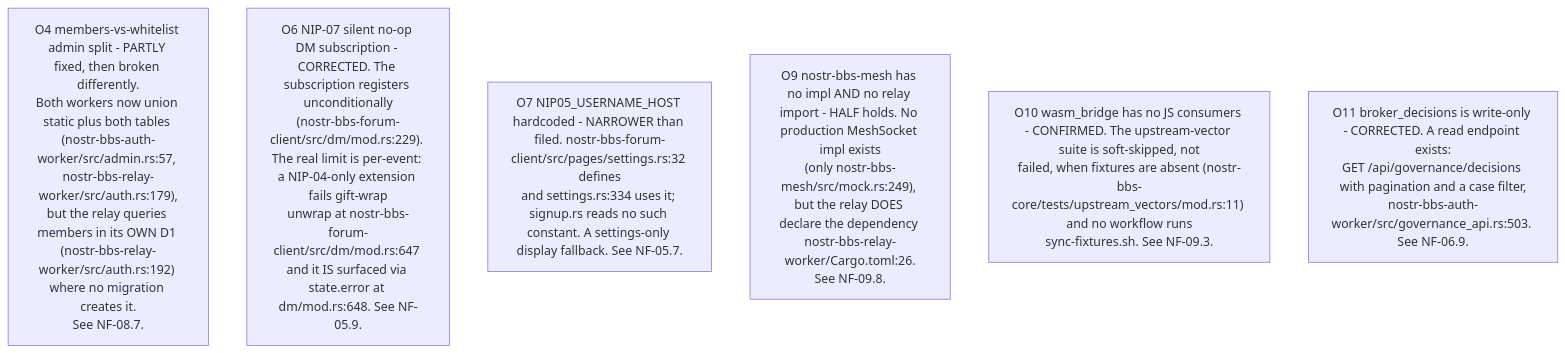
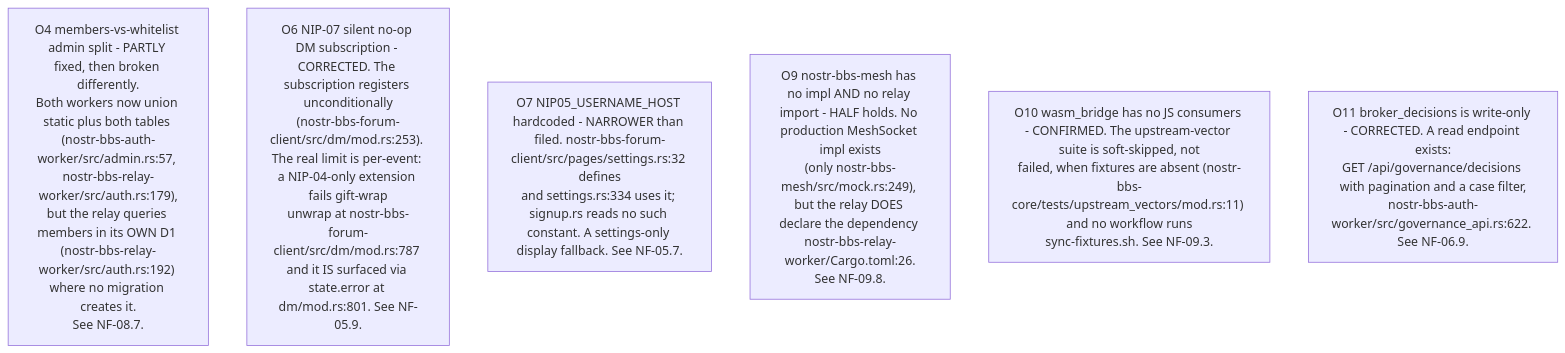
One commit to DreamLab-AI/VisionFlow changed the fourth of 11 diagrams in docs/diagrams/nostr-rust-forum/10-invariants-and-anomaly-register.md. Above: the diagram before and after it, drawn with Mermaid. The commit also changed other lines of this file and 11 other files, not shown here.

````diff
--- a/docs/diagrams/nostr-rust-forum/10-invariants-and-anomaly-register.md
+++ b/docs/diagrams/nostr-rust-forum/10-invariants-and-anomaly-register.md
@@ -105,9 +107,9 @@
 ```mermaid
 flowchart TB
     O4["O4 members-vs-whitelist admin split - PARTLY fixed, then broken differently.<br/>Both workers now union static plus both tables (nostr-bbs-auth-worker/src/admin.rs:57, nostr-bbs-relay-worker/src/auth.rs:179),<br/>but the relay queries members in its OWN D1 (nostr-bbs-relay-worker/src/auth.rs:192) where no migration creates it.<br/>See NF-08.7."]
-    O6["O6 NIP-07 silent no-op DM subscription - CORRECTED. The subscription registers unconditionally<br/>(nostr-bbs-forum-client/src/dm/mod.rs:229). The real limit is per-event: a NIP-04-only extension fails gift-wrap<br/>unwrap at nostr-bbs-forum-client/src/dm/mod.rs:647 and it IS surfaced via state.error at dm/mod.rs:648. See NF-05.9."]
+    O6["O6 NIP-07 silent no-op DM subscription - CORRECTED. The subscription registers unconditionally<br/>(nostr-bbs-forum-client/src/dm/mod.rs:253). The real limit is per-event: a NIP-04-only extension fails gift-wrap<br/>unwrap at nostr-bbs-forum-client/src/dm/mod.rs:787 and it IS surfaced via state.error at dm/mod.rs:801. See NF-05.9."]
     O7["O7 NIP05_USERNAME_HOST hardcoded - NARROWER than filed. nostr-bbs-forum-client/src/pages/settings.rs:32 defines<br/>and settings.rs:334 uses it; signup.rs reads no such constant. A settings-only display fallback. See NF-05.7."]
     O9["O9 nostr-bbs-mesh has no impl AND no relay import - HALF holds. No production MeshSocket impl exists<br/>(only nostr-bbs-mesh/src/mock.rs:249), but the relay DOES declare the dependency nostr-bbs-relay-worker/Cargo.toml:26.<br/>See NF-09.8."]
     O10["O10 wasm_bridge has no JS consumers - CONFIRMED. The upstream-vector suite is soft-skipped, not<br/>failed, when fixtures are absent (nostr-bbs-core/tests/upstream_vectors/mod.rs:11) and no workflow runs<br/>sync-fixtures.sh. See NF-09.3."]
-    O11c["O11 broker_decisions is write-only - CORRECTED. A read endpoint exists:<br/>GET /api/governance/decisions with pagination and a case filter,<br/>nostr-bbs-auth-worker/src/governance_api.rs:503. See NF-06.9."]
+    O11c["O11 broker_decisions is write-only - CORRECTED. A read endpoint exists:<br/>GET /api/governance/decisions with pagination and a case filter,<br/>nostr-bbs-auth-worker/src/governance_api.rs:622. See NF-06.9."]
 ```
````
